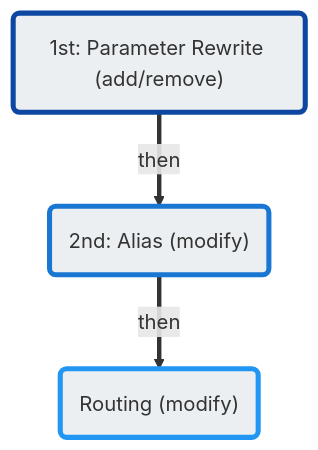
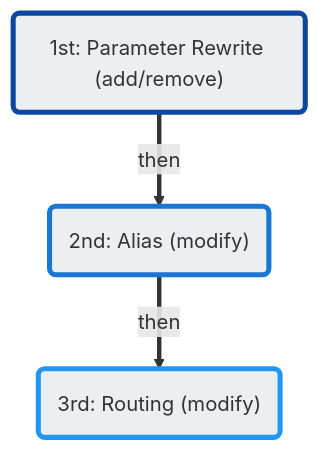
Before and after one commit to connexcs/docs: the diagram in docs/number-manipulation.md, drawn with Mermaid.

````diff
--- a/docs/number-manipulation.md
+++ b/docs/number-manipulation.md
@@ -4,7 +4,7 @@
 ```mermaid
 graph TD
-A("1st: Parameter Rewrite (add/remove)") ==then==> B("2nd: Alias (modify)") ==then==> C("Routing (modify)")
+A("1st: Parameter Rewrite (add/remove)") ==then==> B("2nd: Alias (modify)") ==then==> C("3rd: Routing (modify)")
 style A fill:#ECEFF1,stroke:#0D47A1,stroke-width:4px
 style B fill:#ECEFF1,stroke:#1976D2,stroke-width:4px
 style C fill:#ECEFF1,stroke:#2196F3,stroke-width:4px
 ```
````
